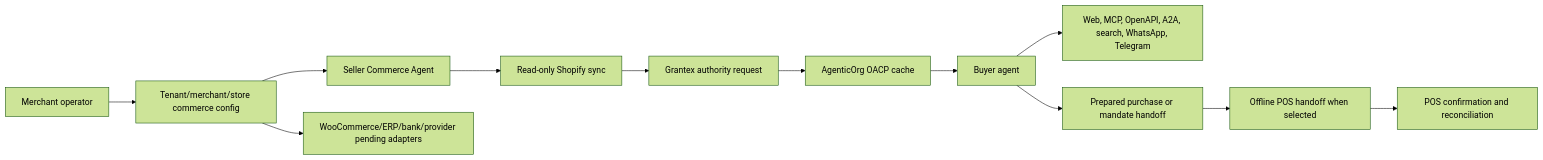
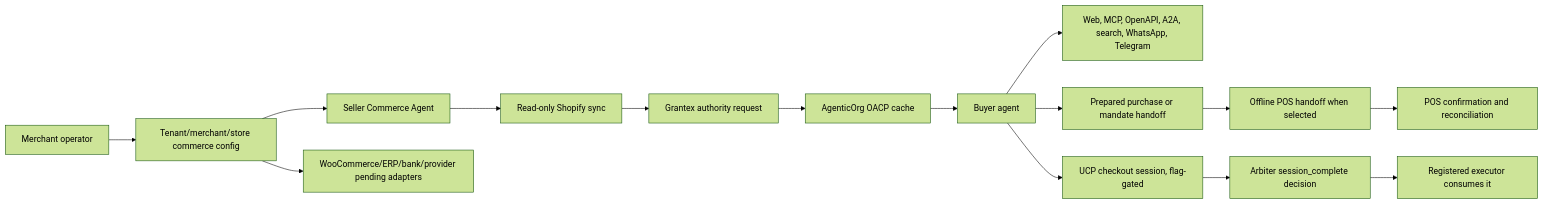
Before and after one commit to mishrasanjeev/agentic-org: the diagram in docs/oacp/end-user-flow.md, drawn with Mermaid (forest theme). The commit also changed other lines of this file and 229 other files, not shown here.

First line of the commit message:
feat(ucp): checkout sessions, carts and orders over the UCP REST binding (G21, G22, G25, G27, G29, G30, G31, G32, G35)

````diff
--- a/docs/oacp/end-user-flow.md
+++ b/docs/oacp/end-user-flow.md
@@ -11,14 +11,17 @@
 ```mermaid
 flowchart LR
   merchant[Merchant operator] --> config[Tenant/merchant/store commerce config]
   config --> seller[Seller Commerce Agent]
   config --> pending[WooCommerce/ERP/bank/provider pending adapters]
   seller --> sync[Read-only Shopify sync]
   sync --> grantex[Grantex authority request]
   grantex --> cache[AgenticOrg OACP cache]
   cache --> buyer[Buyer agent]
   buyer --> surfaces[Web, MCP, OpenAPI, A2A, search, WhatsApp, Telegram]
   buyer --> handoff[Prepared purchase or mandate handoff]
   handoff --> pos[Offline POS handoff when selected]
+  buyer --> ucp[UCP checkout session, flag-gated]
+  ucp --> arbiter[Arbiter session_complete decision]
+  arbiter --> executor[Registered executor consumes it]
   pos --> reconcile[POS confirmation and reconciliation]
 ```
````
